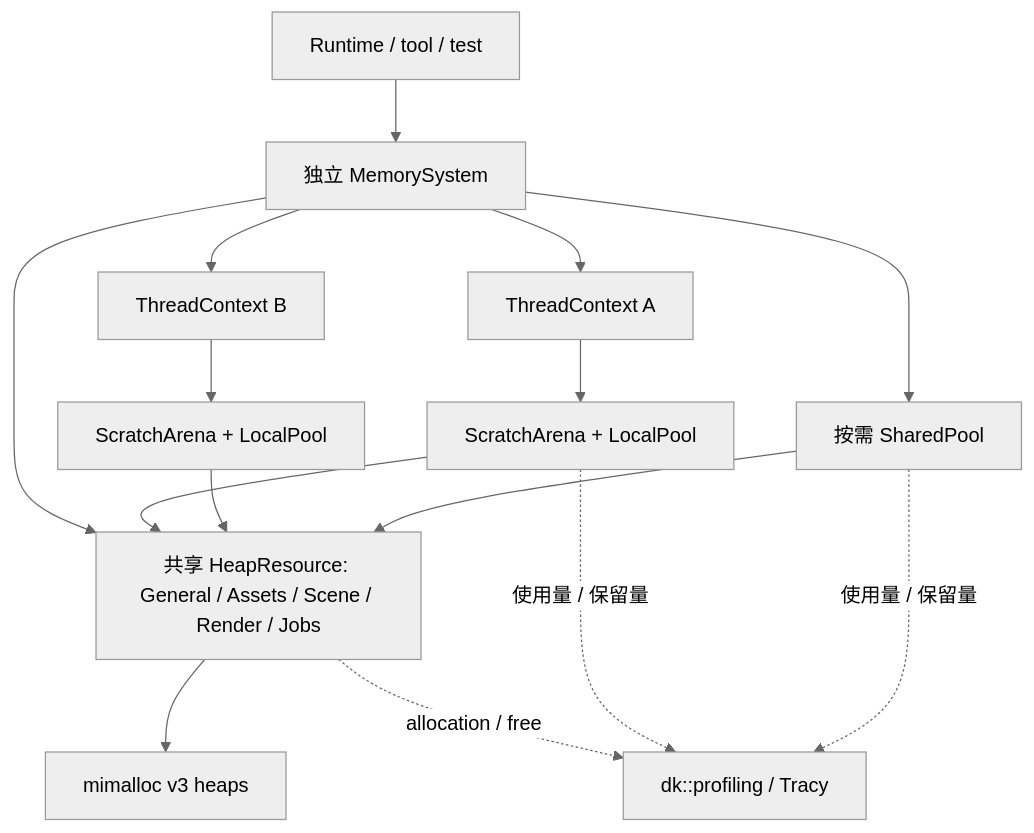
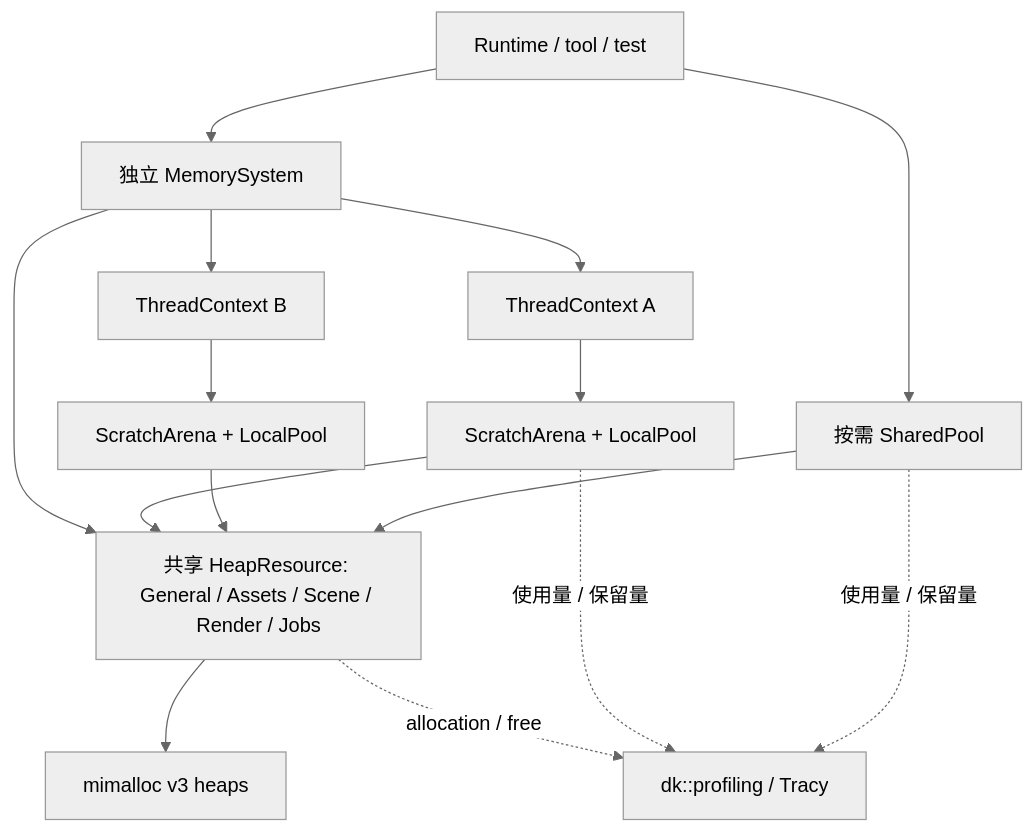
One commit to dogking-DK/DeckerEngine changed the diagram in spec/design/foundation-memory.md. Above: the diagram before and after it, drawn with Mermaid (neutral theme). The commit also changed other lines of this file and 23 other files, not shown here.

````diff
--- a/spec/design/foundation-memory.md
+++ b/spec/design/foundation-memory.md
@@ -144,17 +189,17 @@
 ```mermaid
 flowchart TD
   R[Runtime / tool / test] --> S[独立 MemorySystem]
   S --> H[共享 HeapResource: General / Assets / Scene / Render / Jobs]
   H --> M[mimalloc v3 heaps]
   S --> T1[ThreadContext A]
   S --> T2[ThreadContext B]
   T1 --> A1[ScratchArena + LocalPool]
   T2 --> A2[ScratchArena + LocalPool]
   A1 --> H
   A2 --> H
-  S --> P[按需 SharedPool]
+  R --> P[按需 SharedPool]
   P --> H
   H -. allocation / free .-> O[dk::profiling / Tracy]
   A1 -. 使用量 / 保留量 .-> O
   P -. 使用量 / 保留量 .-> O
 ```
````
